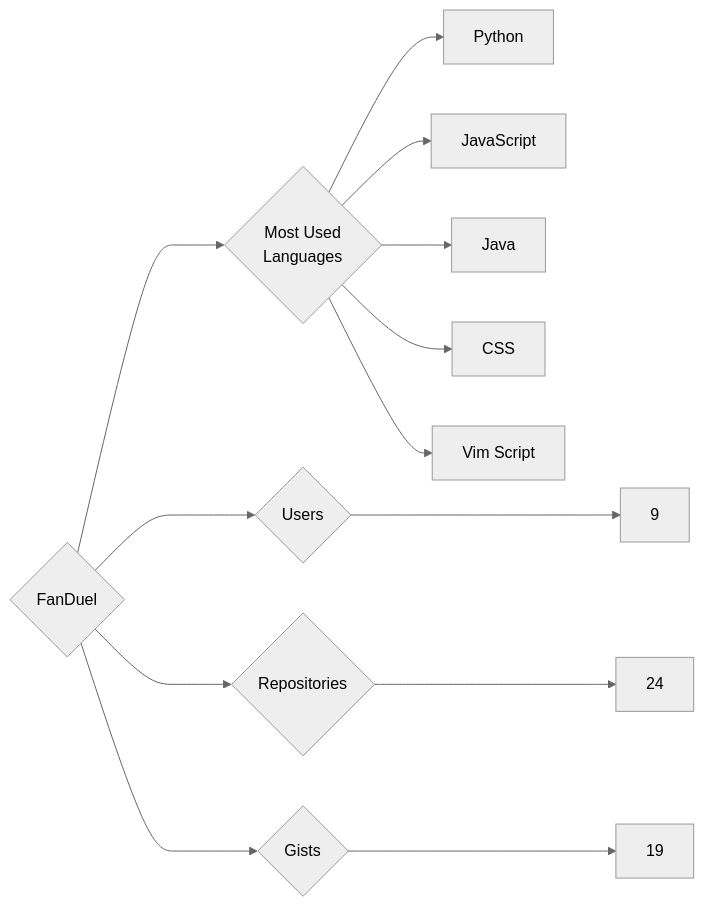
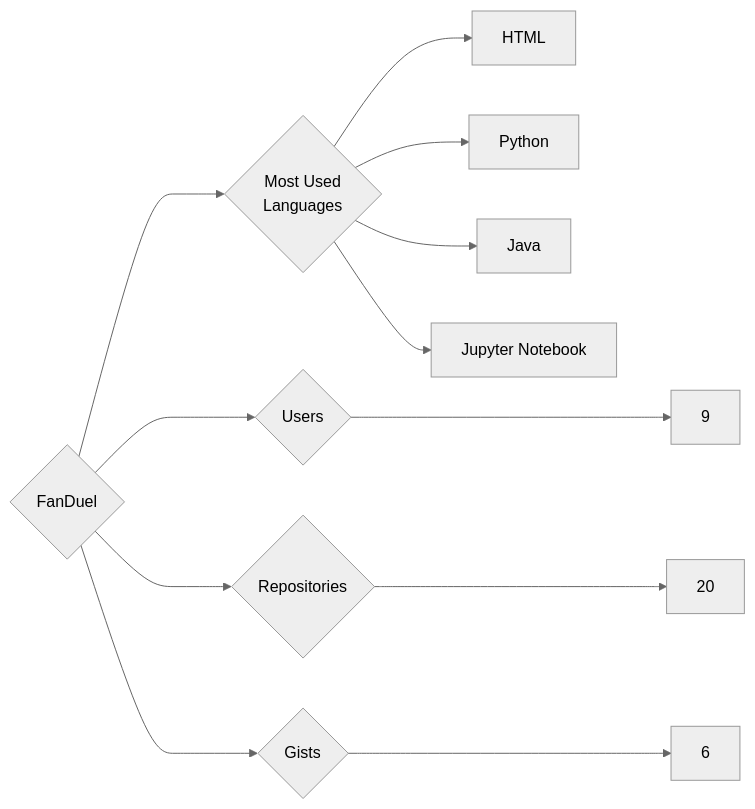
One commit to trickest/insiders changed the diagram in targets/FanDuel/README.md. Above: the diagram before and after it, drawn with Mermaid (neutral theme). The commit also changed 933 other files, not shown here.

````diff
--- a/targets/FanDuel/README.md
+++ b/targets/FanDuel/README.md
@@ -3,13 +3,12 @@
 ```mermaid
 graph LR
 COMPANY_NAME{FanDuel}
 COMPANY_NAME ---> U{Users} ---> UN[9]
-COMPANY_NAME ---> R{Repositories} ---> RN[24]
-COMPANY_NAME ---> G{Gists} ---> GN[19]
+COMPANY_NAME ---> R{Repositories} ---> RN[20]
+COMPANY_NAME ---> G{Gists} ---> GN[6]
 COMPANY_NAME ---> ML{Most Used<br>Languages}
+ML --> HTML[HTML]
 ML --> Python[Python]
-ML --> JavaScript[JavaScript]
 ML --> Java[Java]
-ML --> CSS[CSS]
-ML --> Vim_Script[Vim Script]
+ML --> Jupyter_Notebook[Jupyter Notebook]
 ```
````
